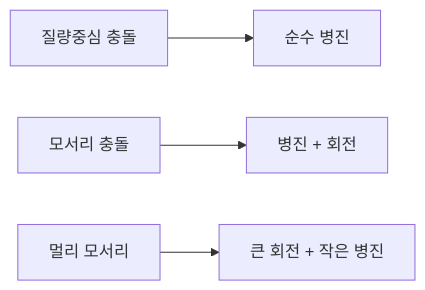
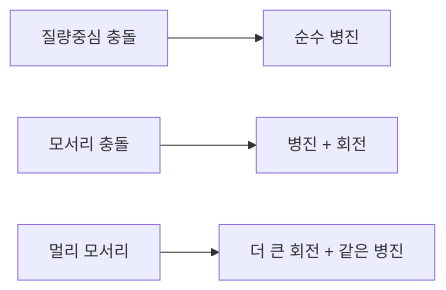
Before and after one commit to Rein-ArXiv/game-dev-curriculum: the second of 2 diagrams in physics/part04_rotational_dynamics.md, drawn with Mermaid. The commit also changed other lines of this file and 1129 other files, not shown here.

````diff
--- a/physics/part04_rotational_dynamics.md
+++ b/physics/part04_rotational_dynamics.md
@@ -609,6 +609,6 @@
 ```mermaid
 flowchart LR
     Center[질량중심 충돌] --> Trans[순수 병진]
     Edge[모서리 충돌] --> Both[병진 + 회전]
-    FarEdge[멀리 모서리] --> Spin[큰 회전 + 작은 병진]
+    FarEdge[멀리 모서리] --> Spin[더 큰 회전 + 같은 병진]
 ```
````
